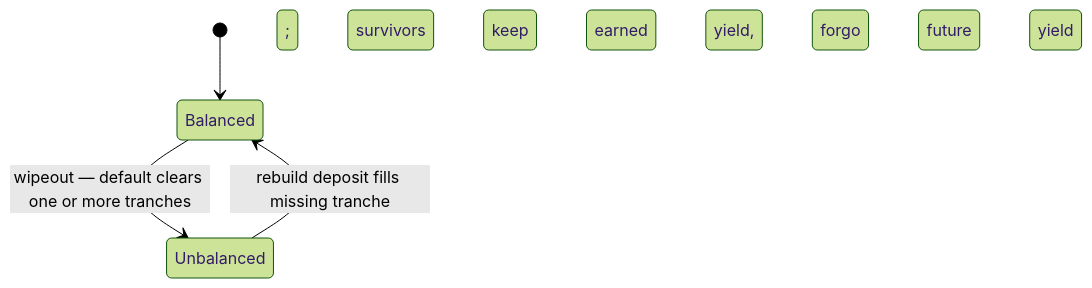
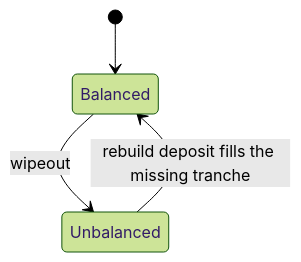
Before and after one commit to matzayonc/aging: the second of 2 diagrams in docs-site/docs/invariants.md, drawn with Mermaid (forest theme). The commit also changed other lines of this file, not shown here.

First line of the commit message:
Shorten stateDiagram-v2 label, split Tranche liquidity into subsections

````diff
--- a/docs-site/docs/invariants.md
+++ b/docs-site/docs/invariants.md
@@ -62,6 +43,6 @@
 ```mermaid
 stateDiagram-v2
     [*] --> Balanced
-    Balanced --> Unbalanced : wipeout — default clears one or more tranches; survivors keep earned yield, forgo future yield
-    Unbalanced --> Balanced : rebuild deposit fills missing tranche
+    Balanced --> Unbalanced : wipeout
+    Unbalanced --> Balanced : rebuild deposit fills the missing tranche
 ```
````
